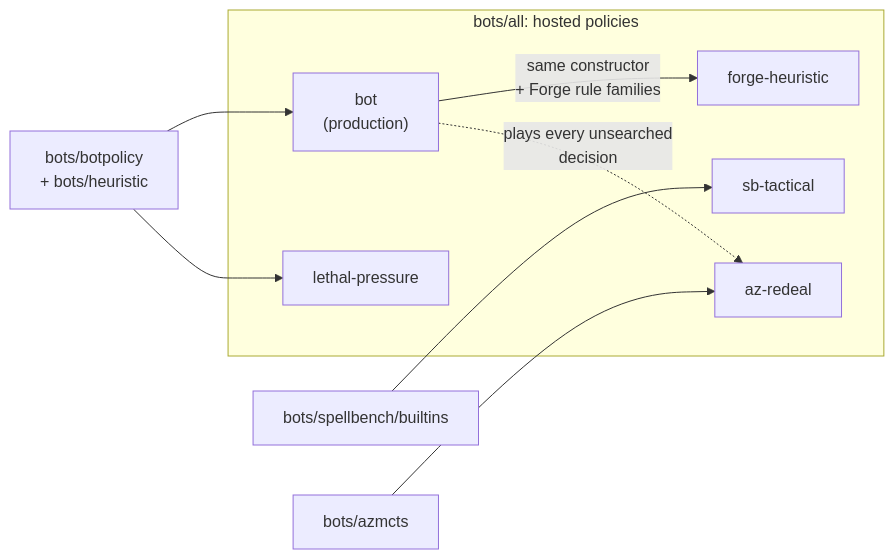
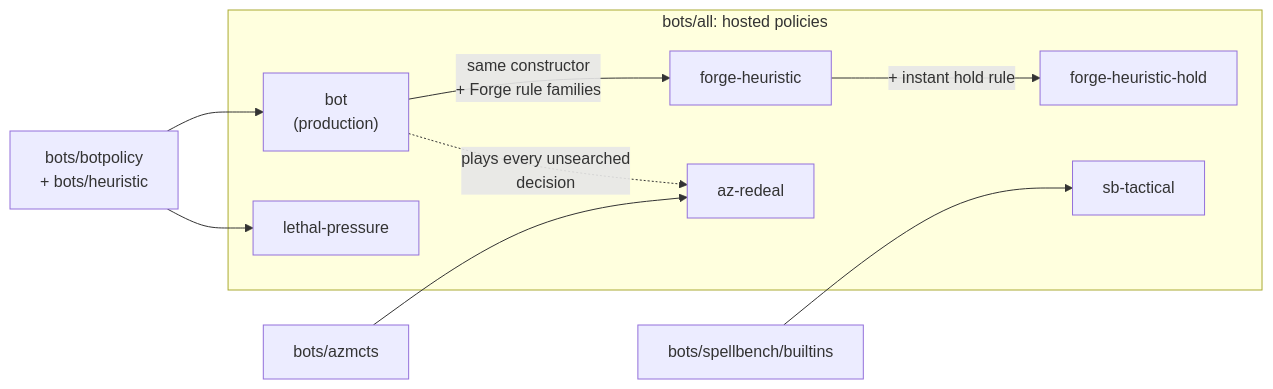
The diagram in docs/site/performance/bots.md (adams-shaun/gorge), drawn with Mermaid before and after one commit. The commit also changed other lines of this file and 21 other files, not shown here.

````diff
--- a/docs/site/performance/bots.md
+++ b/docs/site/performance/bots.md
@@ -22,16 +22,18 @@
 ```mermaid
 flowchart LR
   subgraph registered["bots/all: hosted policies"]
     bot["bot<br/>(production)"]
     lp["lethal-pressure"]
     fh["forge-heuristic"]
+    fhh["forge-heuristic-hold"]
     sbt["sb-tactical"]
     az["az-redeal"]
   end
   bp["bots/botpolicy<br/>+ bots/heuristic"] --> bot
   bp --> lp
   bot -- "same constructor<br/>+ Forge rule families" --> fh
+  fh -- "+ instant hold rule" --> fhh
   sb["bots/spellbench/builtins"] --> sbt
   mcts["bots/azmcts"] --> az
   bot -. "plays every unsearched<br/>decision" .-> az
 ```
````
